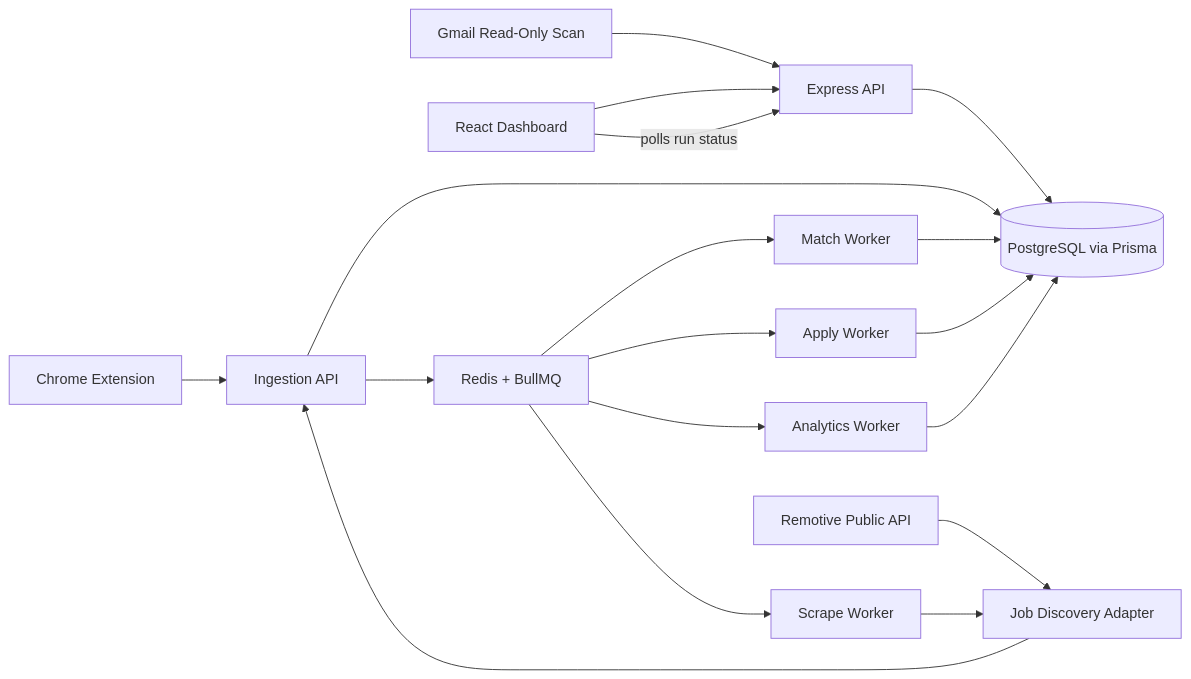
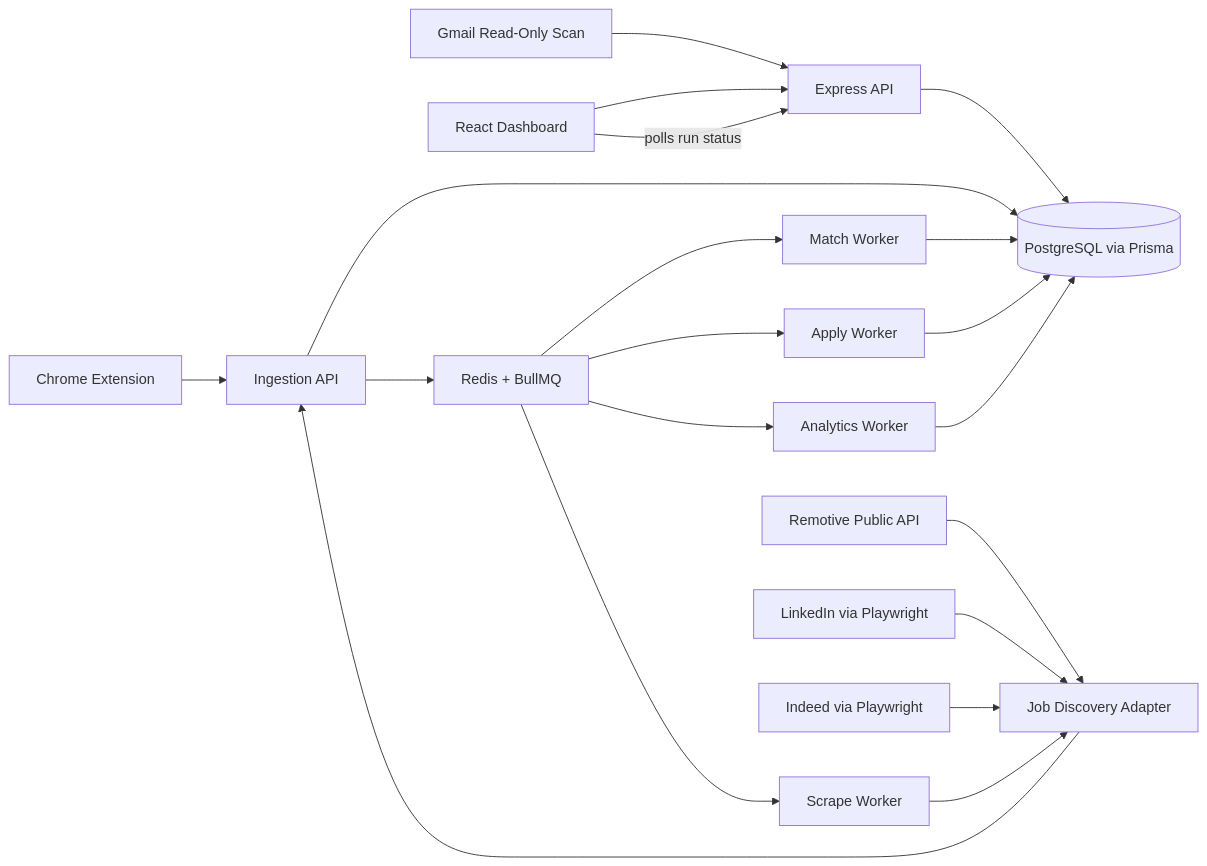
The diagram in README.md (Amiya-Krishna/Automated-Job-Application-Tracking-System-with-Email-Ingestion-and-Analytics-Pipeline), drawn with Mermaid before and after one commit. The commit also changed other lines of this file and 16 other files, not shown here.

````diff
--- a/README.md
+++ b/README.md
@@ -90,20 +90,22 @@
 ```mermaid
 flowchart LR
   Extension[Chrome Extension] --> Ingest[Ingestion API]
   Remotive[Remotive Public API] --> Discovery[Job Discovery Adapter]
+  LinkedIn[LinkedIn via Playwright] --> Discovery
+  Indeed[Indeed via Playwright] --> Discovery
   Discovery --> Ingest
   Gmail[Gmail Read-Only Scan] --> API[Express API]
   API --> DB[(PostgreSQL via Prisma)]
   Ingest --> DB
   Ingest --> Queue[Redis + BullMQ]
   Queue --> Match[Match Worker]
   Queue --> Apply[Apply Worker]
   Queue --> Analytics[Analytics Worker]
   Queue --> Scrape[Scrape Worker]
   Match --> DB
   Apply --> DB
   Analytics --> DB
   Scrape --> Discovery
   Dashboard[React Dashboard] --> API
   Dashboard -- polls run status --> API
 ```
````
